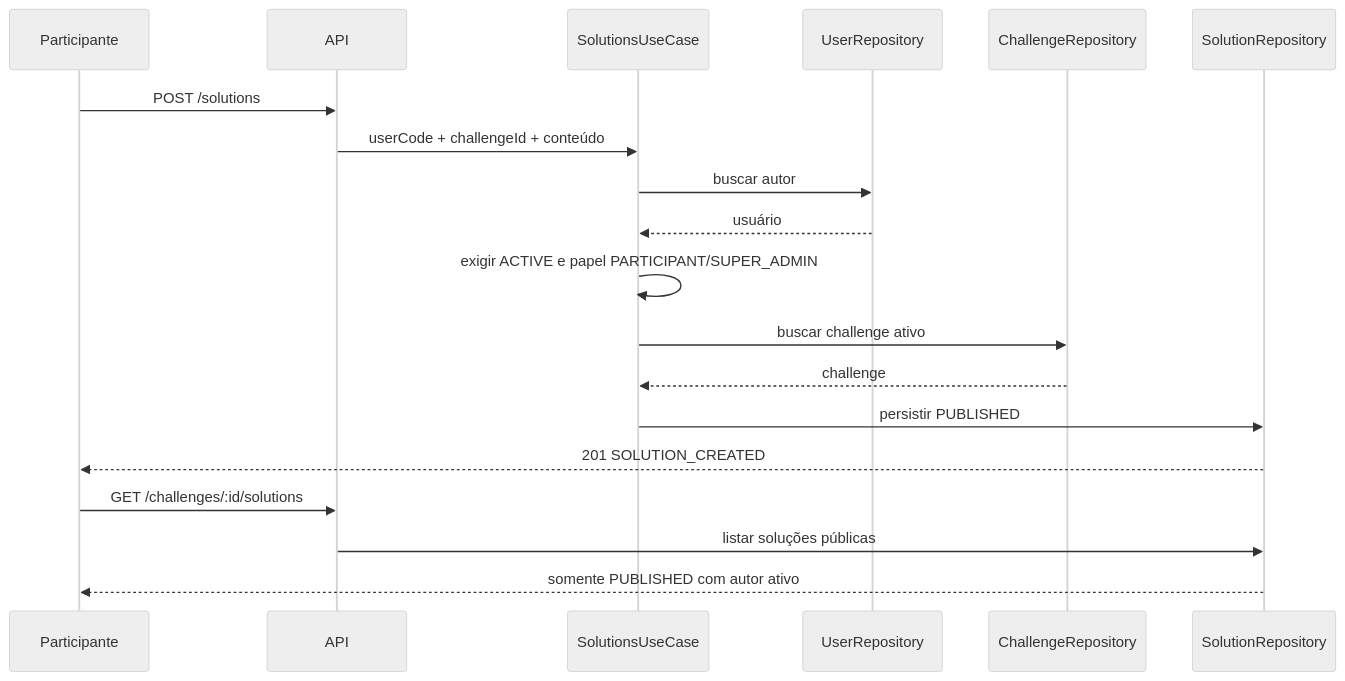
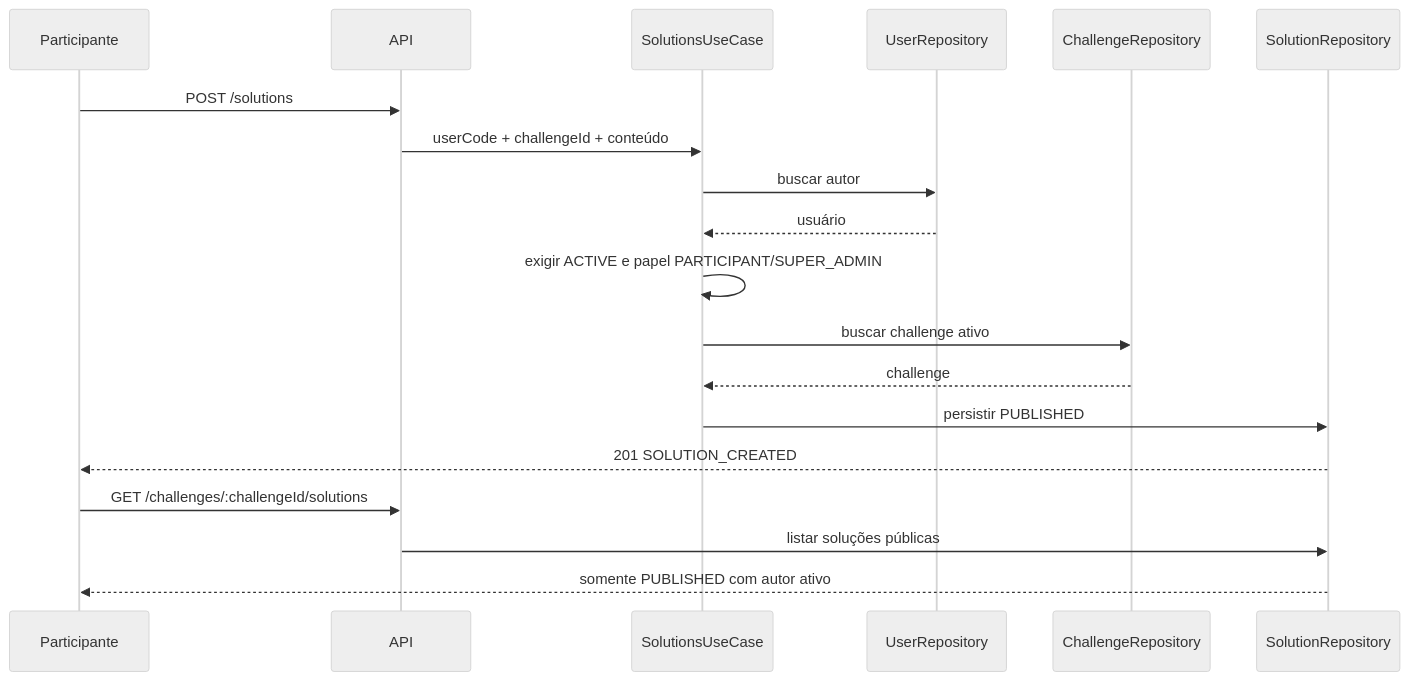
Before and after one commit to thaissacarvalho/Catalisa: the third of 6 diagrams in docs/flows/business-flows.md, drawn with Mermaid (neutral theme). The commit also changed other lines of this file and 18 other files, not shown here.

````diff
--- a/docs/flows/business-flows.md
+++ b/docs/flows/business-flows.md
@@ -51,21 +51,21 @@
 ```mermaid
 sequenceDiagram
     participant P as Participante
     participant API
     participant S as SolutionsUseCase
     participant U as UserRepository
     participant C as ChallengeRepository
     participant R as SolutionRepository
     P->>API: POST /solutions
     API->>S: userCode + challengeId + conteúdo
     S->>U: buscar autor
     U-->>S: usuário
     S->>S: exigir ACTIVE e papel PARTICIPANT/SUPER_ADMIN
     S->>C: buscar challenge ativo
     C-->>S: challenge
     S->>R: persistir PUBLISHED
     R-->>P: 201 SOLUTION_CREATED
-    P->>API: GET /challenges/:id/solutions
+    P->>API: GET /challenges/:challengeId/solutions
     API->>R: listar soluções públicas
     R-->>P: somente PUBLISHED com autor ativo
 ```
````
